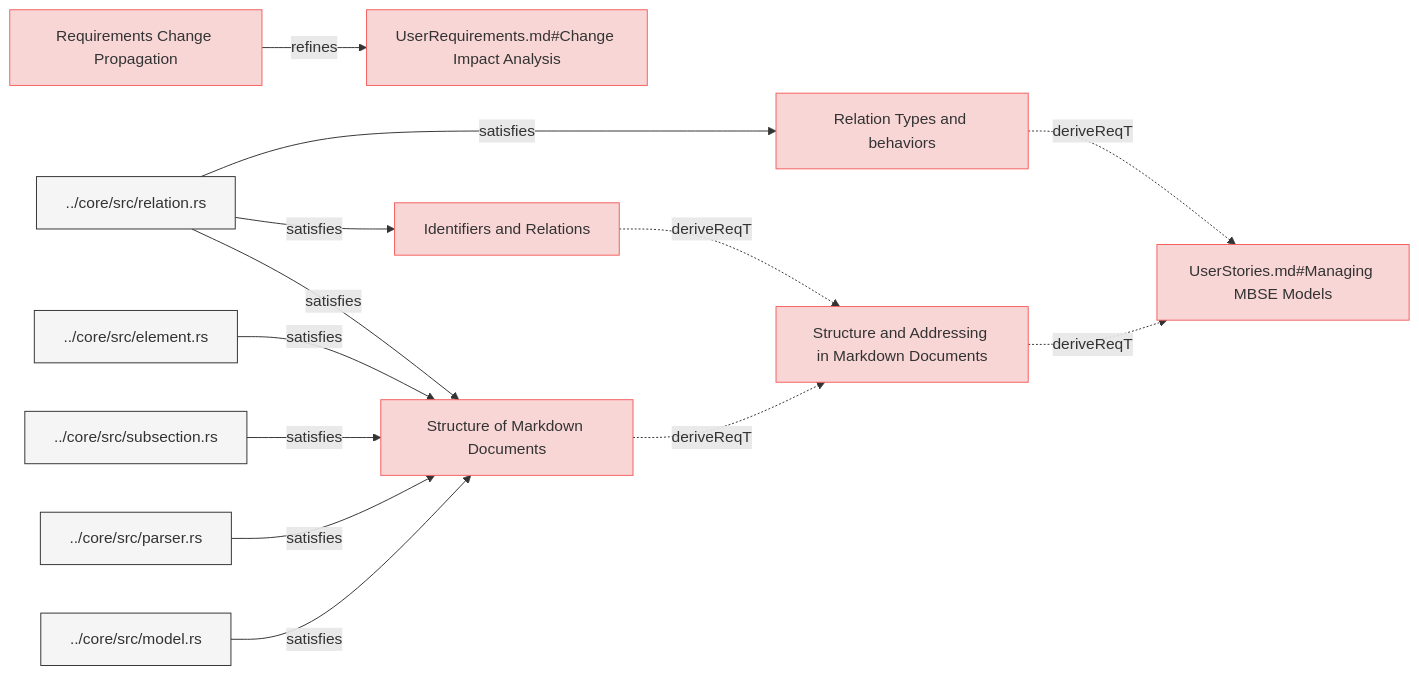
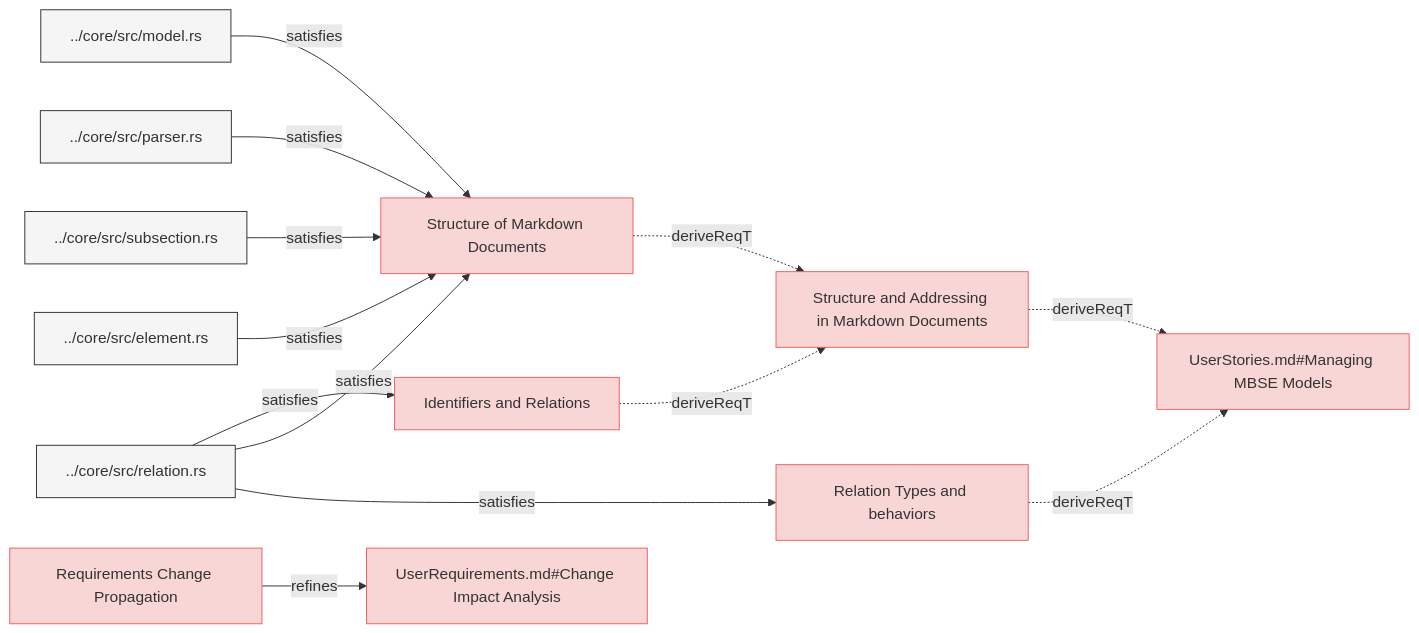
One commit to reqvire-org/reqvire changed the first of 3 diagrams in specifications/SpecificationsRequirements.md. Above: the diagram before and after it, drawn with Mermaid. The commit also changed 72 other files, not shown here.

Commit message:
Major rework of the logic in reqvire. It uses git repository root as root folder and everything else is relative to it. External folders and specifications folder concept has been deprecated.

````diff
--- a/specifications/SpecificationsRequirements.md
+++ b/specifications/SpecificationsRequirements.md
@@ -4,57 +4,57 @@
 ```mermaid
 graph LR;
   %% Graph styling
   classDef requirement fill:#f9d6d6,stroke:#f55f5f,stroke-width:1px;
   classDef verification fill:#d6f9d6,stroke:#5fd75f,stroke-width:1px;
   classDef externalLink fill:#d0e0ff,stroke:#3080ff,stroke-width:1px;
   classDef default fill:#f5f5f5,stroke:#333333,stroke-width:1px;
 
   29eb679eef252d12["Relation Types and behaviors"];
-  click 29eb679eef252d12 "https://github.com/Reqvire/reqvire/blob/ad88ba6b828e94c93382866fefd058c011c1ac60/specifications/SpecificationsRequirements.md#relation-types-and-behaviors";
+  click 29eb679eef252d12 "SpecificationsRequirements.md#relation-types-and-behaviors";
   class 29eb679eef252d12 requirement;
   c75ac8fa29479ca5["UserStories.md#Managing MBSE Models"];
   class c75ac8fa29479ca5 requirement;
-  click c75ac8fa29479ca5 "https://github.com/Reqvire/reqvire/blob/ad88ba6b828e94c93382866fefd058c011c1ac60/specifications/UserStories.md#managing-mbse-models";
+  click c75ac8fa29479ca5 "UserStories.md#managing-mbse-models";
   29eb679eef252d12 -.->|deriveReqT| c75ac8fa29479ca5;
   a01a924ab0c27629["../core/src/relation.rs"];
   class a01a924ab0c27629 default;
-  click a01a924ab0c27629 "https://github.com/Reqvire/reqvire/blob/ad88ba6b828e94c93382866fefd058c011c1ac60/core/src/relation.rs";
+  click a01a924ab0c27629 "../core/src/relation.rs";
   a01a924ab0c27629 -->|satisfies| 29eb679eef252d12;
   a9d2746640af5d30["Structure and Addressing in Markdown Documents"];
-  click a9d2746640af5d30 "https://github.com/Reqvire/reqvire/blob/ad88ba6b828e94c93382866fefd058c011c1ac60/specifications/SpecificationsRequirements.md#structure-and-addressing-in-markdown-documents";
+  click a9d2746640af5d30 "SpecificationsRequirements.md#structure-and-addressing-in-markdown-documents";
   class a9d2746640af5d30 requirement;
   a9d2746640af5d30 -.->|deriveReqT| c75ac8fa29479ca5;
-  d914e938be7e0abf["Requirements Change Propagation"];
-  click d914e938be7e0abf "https://github.com/Reqvire/reqvire/blob/ad88ba6b828e94c93382866fefd058c011c1ac60/specifications/SpecificationsRequirements.md#requirements-change-propagation";
-  class d914e938be7e0abf requirement;
-  c699ef8d6d1f99d1["UserRequirements.md#Change Impact Analysis"];
-  class c699ef8d6d1f99d1 requirement;
-  click c699ef8d6d1f99d1 "https://github.com/Reqvire/reqvire/blob/ad88ba6b828e94c93382866fefd058c011c1ac60/specifications/UserRequirements.md#change-impact-analysis";
-  d914e938be7e0abf -->|refines| c699ef8d6d1f99d1;
-  34ac784ed0e00552["Identifiers and Relations"];
-  click 34ac784ed0e00552 "https://github.com/Reqvire/reqvire/blob/ad88ba6b828e94c93382866fefd058c011c1ac60/specifications/SpecificationsRequirements.md#identifiers-and-relations";
-  class 34ac784ed0e00552 requirement;
-  34ac784ed0e00552 -.->|deriveReqT| a9d2746640af5d30;
-  a01a924ab0c27629 -->|satisfies| 34ac784ed0e00552;
   11082285c19e9df["Structure of Markdown Documents"];
-  click 11082285c19e9df "https://github.com/Reqvire/reqvire/blob/ad88ba6b828e94c93382866fefd058c011c1ac60/specifications/SpecificationsRequirements.md#structure-of-markdown-documents";
+  click 11082285c19e9df "SpecificationsRequirements.md#structure-of-markdown-documents";
   class 11082285c19e9df requirement;
   11082285c19e9df -.->|deriveReqT| a9d2746640af5d30;
   a01a924ab0c27629 -->|satisfies| 11082285c19e9df;
   3e5e5aa2d6181644["../core/src/element.rs"];
   class 3e5e5aa2d6181644 default;
-  click 3e5e5aa2d6181644 "https://github.com/Reqvire/reqvire/blob/ad88ba6b828e94c93382866fefd058c011c1ac60/core/src/element.rs";
+  click 3e5e5aa2d6181644 "../core/src/element.rs";
   3e5e5aa2d6181644 -->|satisfies| 11082285c19e9df;
   aaf2fdce0a90bd2c["../core/src/subsection.rs"];
   class aaf2fdce0a90bd2c default;
-  click aaf2fdce0a90bd2c "https://github.com/Reqvire/reqvire/blob/ad88ba6b828e94c93382866fefd058c011c1ac60/core/src/subsection.rs";
+  click aaf2fdce0a90bd2c "../core/src/subsection.rs";
   aaf2fdce0a90bd2c -->|satisfies| 11082285c19e9df;
   dfd639447d711d62["../core/src/parser.rs"];
   class dfd639447d711d62 default;
-  click dfd639447d711d62 "https://github.com/Reqvire/reqvire/blob/ad88ba6b828e94c93382866fefd058c011c1ac60/core/src/parser.rs";
+  click dfd639447d711d62 "../core/src/parser.rs";
   dfd639447d711d62 -->|satisfies| 11082285c19e9df;
   36fd2b1e82621caf["../core/src/model.rs"];
   class 36fd2b1e82621caf default;
-  click 36fd2b1e82621caf "https://github.com/Reqvire/reqvire/blob/ad88ba6b828e94c93382866fefd058c011c1ac60/core/src/model.rs";
+  click 36fd2b1e82621caf "../core/src/model.rs";
   36fd2b1e82621caf -->|satisfies| 11082285c19e9df;
+  34ac784ed0e00552["Identifiers and Relations"];
+  click 34ac784ed0e00552 "SpecificationsRequirements.md#identifiers-and-relations";
+  class 34ac784ed0e00552 requirement;
+  34ac784ed0e00552 -.->|deriveReqT| a9d2746640af5d30;
+  a01a924ab0c27629 -->|satisfies| 34ac784ed0e00552;
+  d914e938be7e0abf["Requirements Change Propagation"];
+  click d914e938be7e0abf "SpecificationsRequirements.md#requirements-change-propagation";
+  class d914e938be7e0abf requirement;
+  c699ef8d6d1f99d1["UserRequirements.md#Change Impact Analysis"];
+  class c699ef8d6d1f99d1 requirement;
+  click c699ef8d6d1f99d1 "UserRequirements.md#change-impact-analysis";
+  d914e938be7e0abf -->|refines| c699ef8d6d1f99d1;
 ```
````
